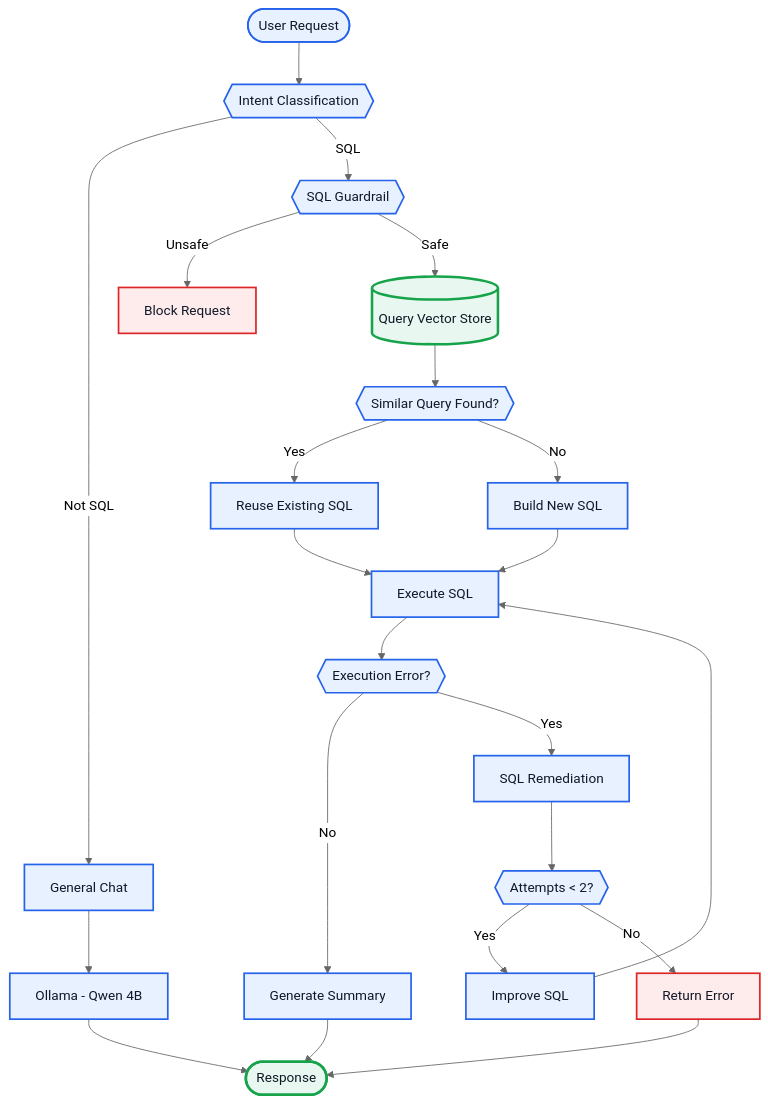
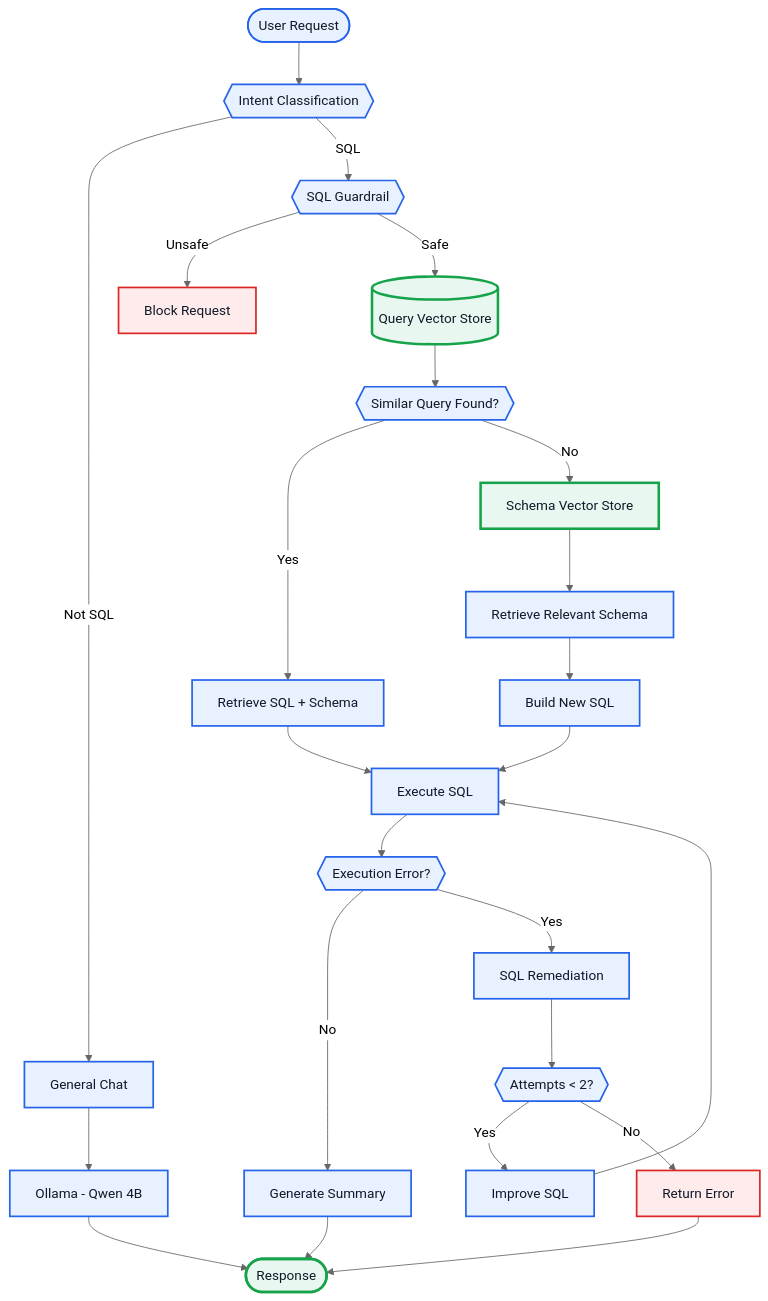
One commit to vardhanreddy2003/sql-ai-agent changed the diagram in README.md. Above: the diagram before and after it, drawn with Mermaid (neutral theme). The commit also changed other lines of this file, not shown here.

````diff
--- a/README.md
+++ b/README.md
@@ -25,46 +50,49 @@
 ```mermaid
 flowchart TD
 
     A([User Request]) --> B{{Intent Classification}}
 
     B -->|Not SQL| C[General Chat]
     C --> D[Ollama - Qwen 4B]
     D --> Z([Response])
 
     B -->|SQL| E{{SQL Guardrail}}
 
     E -->|Unsafe| F[Block Request]
     E -->|Safe| G[("Query Vector Store")]
 
     G --> H{{Similar Query Found?}}
 
-    H -->|Yes| I[Reuse Existing SQL]
-    H -->|No| J[Build New SQL]
+    H -->|Yes| I[Retrieve SQL + Schema]
+    H -->|No| J[Schema Vector Store]
 
-    I --> K[Execute SQL]
-    J --> K
+    J --> K[Retrieve Relevant Schema]
+    K --> L[Build New SQL]
 
-    K --> L{{Execution Error?}}
+    I --> M[Execute SQL]
+    L --> M
 
-    L -->|No| M[Generate Summary]
-    L -->|Yes| N[SQL Remediation]
+    M --> N{{Execution Error?}}
 
-    N --> O{{Attempts < 2?}}
+    N -->|No| O[Generate Summary]
+    N -->|Yes| P[SQL Remediation]
 
-    O -->|Yes| P[Improve SQL]
-    P --> K
+    P --> Q{{Attempts < 2?}}
 
-    O -->|No| R[Return Error]
+    Q -->|Yes| R[Improve SQL]
+    R --> M
 
-    M --> Z
-    R --> Z
+    Q -->|No| S[Return Error]
+
+    O --> Z
+    S --> Z
 
     classDef main fill:#E8F1FF,stroke:#2563EB,color:#111827,stroke-width:2px;
     classDef vector fill:#E8F8F0,stroke:#16A34A,color:#111827,stroke-width:3px;
     classDef error fill:#FEECEC,stroke:#DC2626,color:#111827,stroke-width:2px;
 
-    class A,B,C,D,E,H,I,J,K,L,M,N,O,P main;
-    class G vector;
-    class F,R error;
+    class A,B,C,D,E,H,I,J,K,L,M,N,O,P,Q,R main;
+    class G,J vector;
+    class F,S error;
     class Z vector;
 ```
````
